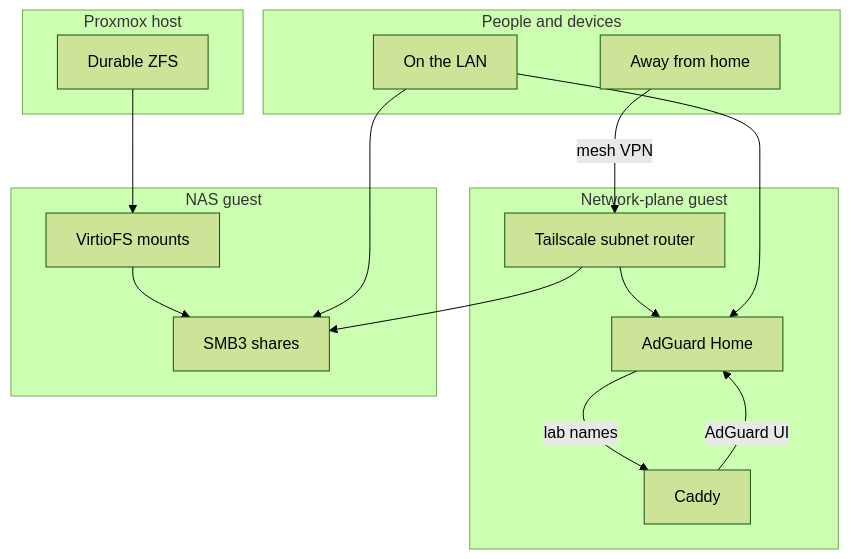
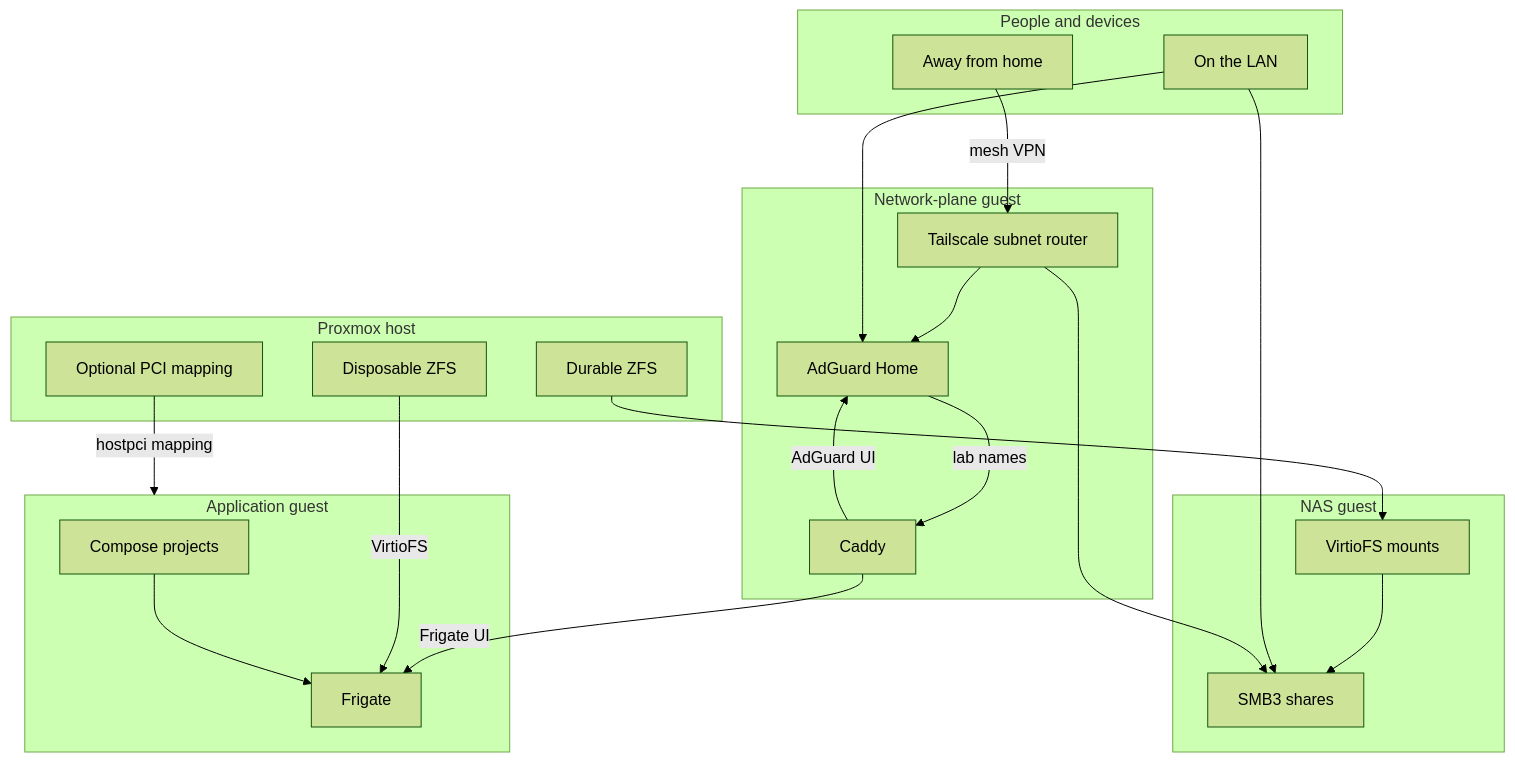
The first of 3 diagrams in README.md (herickmotta/homelab), drawn with Mermaid (forest theme) before and after one commit. The commit also changed other lines of this file and 30 other files, not shown here.

First line of the commit message:
Add an application VM path and a pinned Frigate Compose role.

````diff
--- a/README.md
+++ b/README.md
@@ -23,33 +23,44 @@
 ```mermaid
 flowchart TB
   subgraph people["People and devices"]
     lan["On the LAN"]
     away["Away from home"]
   end
 
   subgraph net["Network-plane guest"]
     dns["AdGuard Home"]
     proxy["Caddy"]
     mesh["Tailscale subnet router"]
   end
 
   subgraph host["Proxmox host"]
     durable["Durable ZFS"]
+    disposable["Disposable ZFS"]
+    igpu["Optional PCI mapping"]
   end
 
   subgraph nas["NAS guest"]
     virtio["VirtioFS mounts"]
     smb["SMB3 shares"]
   end
 
+  subgraph apps["Application guest"]
+    compose["Compose projects"]
+    frigate["Frigate"]
+  end
+
   away -->|"mesh VPN"| mesh
   mesh --> dns
   lan --> dns
   dns -->|"lab names"| proxy
   proxy -->|"AdGuard UI"| dns
+  proxy -->|"Frigate UI"| frigate
 
   durable --> virtio
   virtio --> smb
   lan --> smb
   mesh --> smb
+  disposable -->|"VirtioFS"| frigate
+  igpu -->|"hostpci mapping"| apps
+  compose --> frigate
 ```
````
